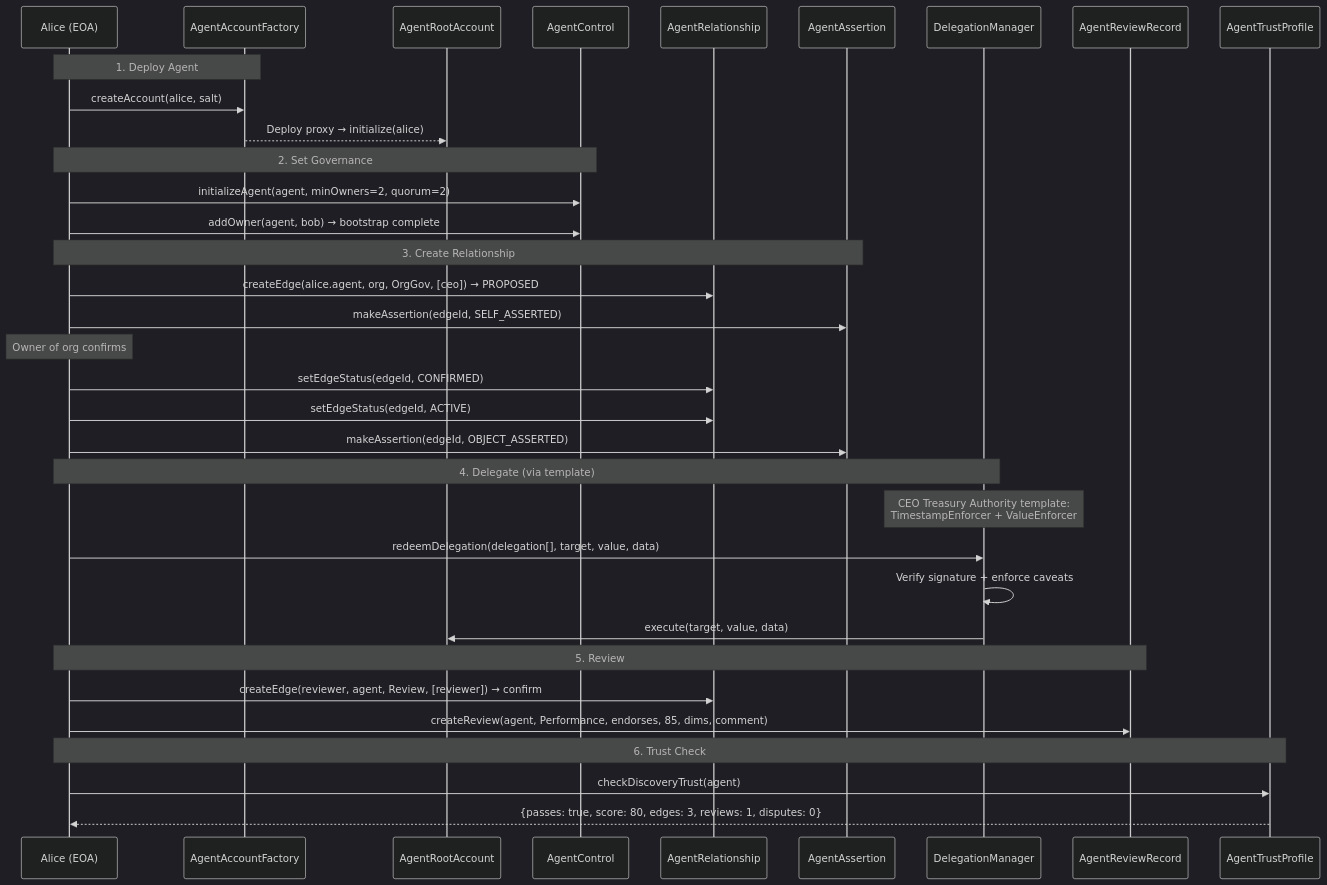
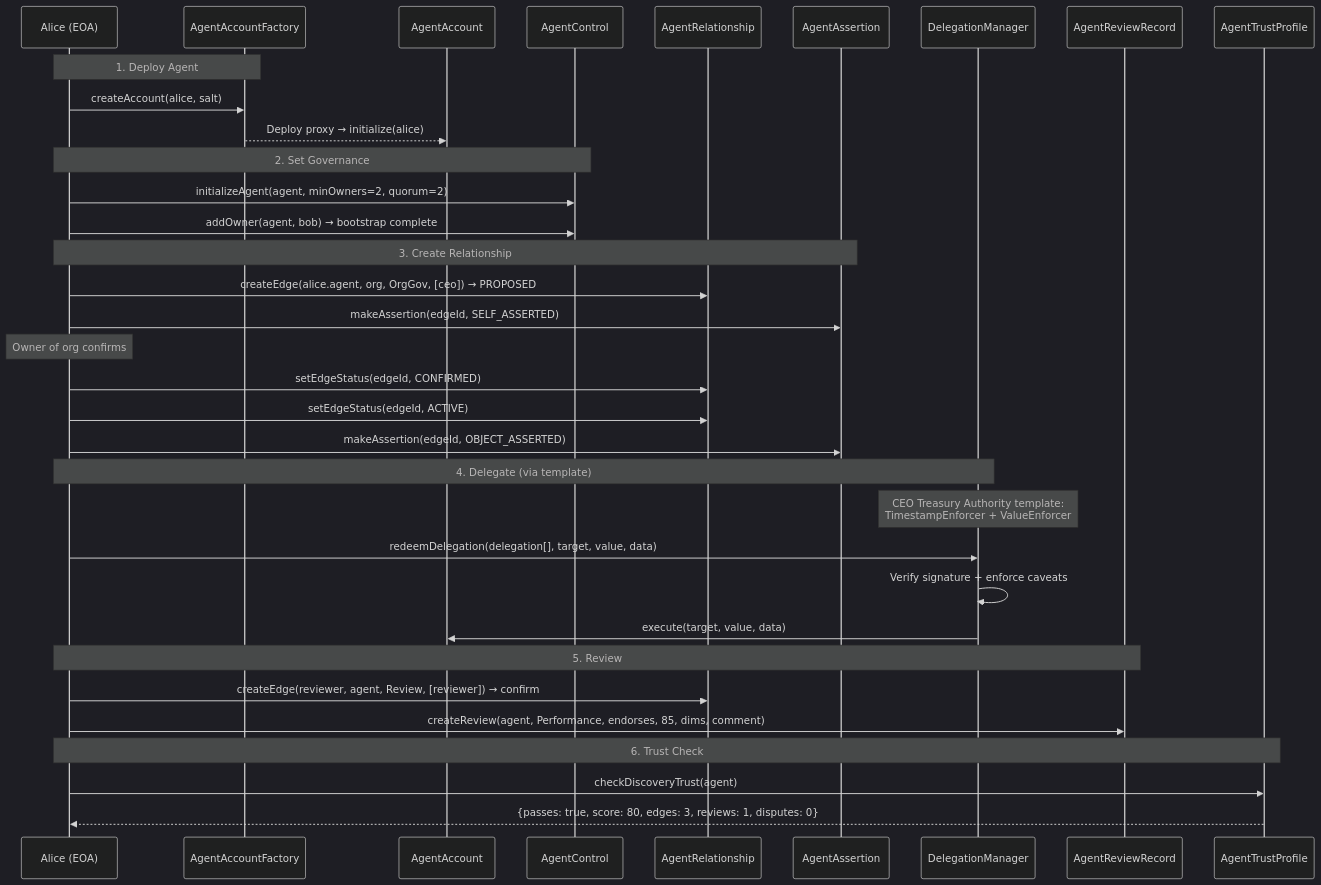
Before and after one commit to agentictrustlabs/smart-agent: the eighth of 8 diagrams in docs/architecture/contracts.md, drawn with Mermaid (dark theme). The commit also changed other lines of this file and 56 other files, not shown here.

````diff
--- a/docs/architecture/contracts.md
+++ b/docs/architecture/contracts.md
@@ -393,42 +393,42 @@
 ```mermaid
 sequenceDiagram
     participant EOA as Alice (EOA)
     participant Factory as AgentAccountFactory
-    participant Agent as AgentRootAccount
+    participant Agent as AgentAccount
     participant Control as AgentControl
     participant Rel as AgentRelationship
     participant Assert as AgentAssertion
     participant DM as DelegationManager
     participant Review as AgentReviewRecord
     participant Trust as AgentTrustProfile
 
     Note over EOA,Factory: 1. Deploy Agent
     EOA->>Factory: createAccount(alice, salt)
     Factory-->>Agent: Deploy proxy → initialize(alice)
 
     Note over EOA,Control: 2. Set Governance
     EOA->>Control: initializeAgent(agent, minOwners=2, quorum=2)
     EOA->>Control: addOwner(agent, bob) → bootstrap complete
 
     Note over EOA,Assert: 3. Create Relationship
     EOA->>Rel: createEdge(alice.agent, org, OrgGov, [ceo]) → PROPOSED
     EOA->>Assert: makeAssertion(edgeId, SELF_ASSERTED)
     Note over EOA: Owner of org confirms
     EOA->>Rel: setEdgeStatus(edgeId, CONFIRMED)
     EOA->>Rel: setEdgeStatus(edgeId, ACTIVE)
     EOA->>Assert: makeAssertion(edgeId, OBJECT_ASSERTED)
 
     Note over EOA,DM: 4. Delegate (via template)
     Note over DM: CEO Treasury Authority template:<br/>TimestampEnforcer + ValueEnforcer
     EOA->>DM: redeemDelegation(delegation[], target, value, data)
     DM->>DM: Verify signature + enforce caveats
     DM->>Agent: execute(target, value, data)
 
     Note over EOA,Review: 5. Review
     EOA->>Rel: createEdge(reviewer, agent, Review, [reviewer]) → confirm
     EOA->>Review: createReview(agent, Performance, endorses, 85, dims, comment)
 
     Note over EOA,Trust: 6. Trust Check
     EOA->>Trust: checkDiscoveryTrust(agent)
     Trust-->>EOA: {passes: true, score: 80, edges: 3, reviews: 1, disputes: 0}
 ```
````
